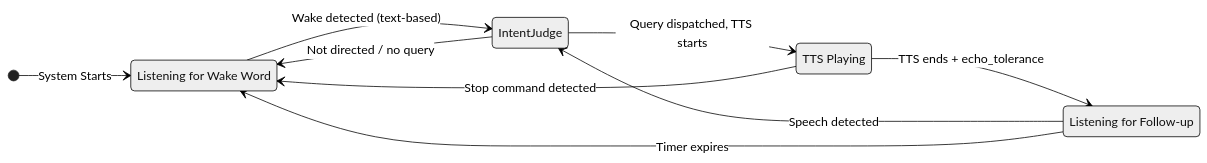
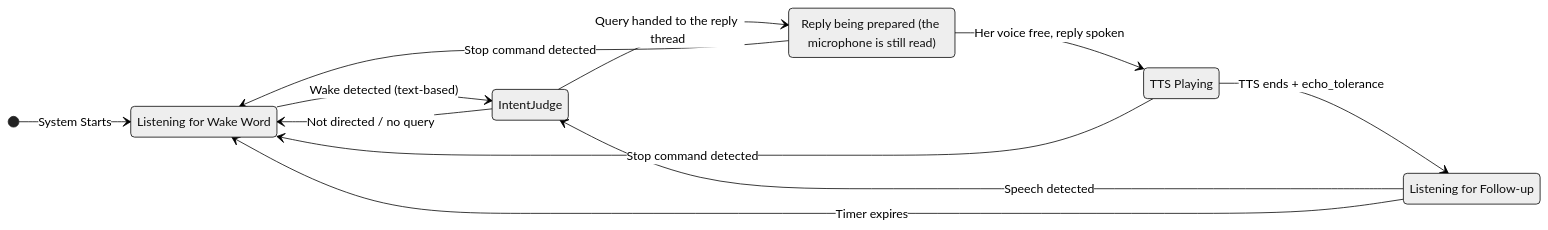
One commit to Hocsman/jarvis changed the diagram in src/jarvis/listening/listening.spec.md. Above: the diagram before and after it, drawn with Mermaid (neutral theme). The commit also changed other lines of this file and 23 other files, not shown here.

````diff
--- a/src/jarvis/listening/listening.spec.md
+++ b/src/jarvis/listening/listening.spec.md
@@ -442,17 +445,20 @@
 ```mermaid
 stateDiagram-v2
     direction LR
     [*] --> WakeWord: System Starts
 
     WakeWord: Listening for Wake Word
     HotWindow: Listening for Follow-up
     DuringTTS: TTS Playing
+    Thinking: Reply being prepared (the microphone is still read)
 
     WakeWord --> IntentJudge: Wake detected (text-based)
-    IntentJudge --> DuringTTS: Query dispatched, TTS starts
     IntentJudge --> WakeWord: Not directed / no query
     DuringTTS --> HotWindow: TTS ends + echo_tolerance
     HotWindow --> IntentJudge: Speech detected
     HotWindow --> WakeWord: Timer expires
     DuringTTS --> WakeWord: Stop command detected
+    IntentJudge --> Thinking: Query handed to the reply thread
+    Thinking --> DuringTTS: Her voice free, reply spoken
+    Thinking --> WakeWord: Stop command detected
 ```
````
